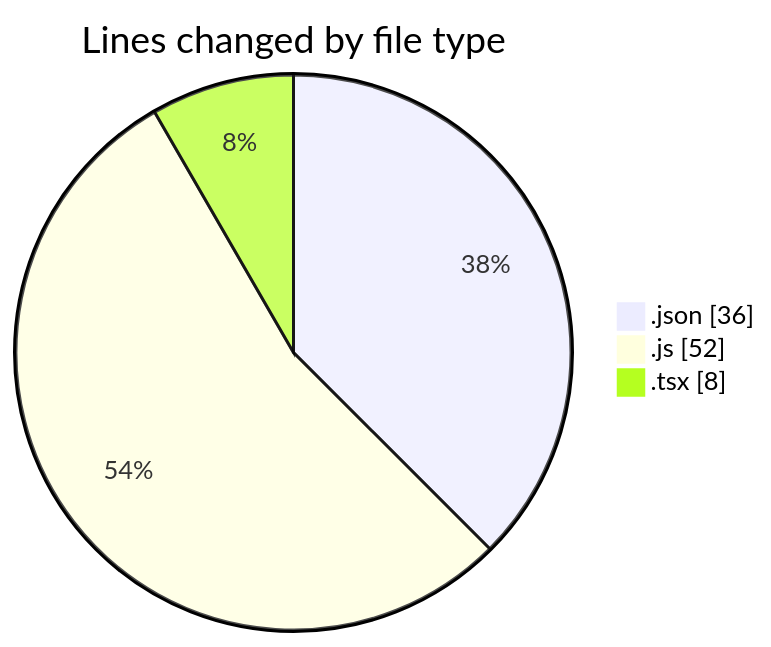
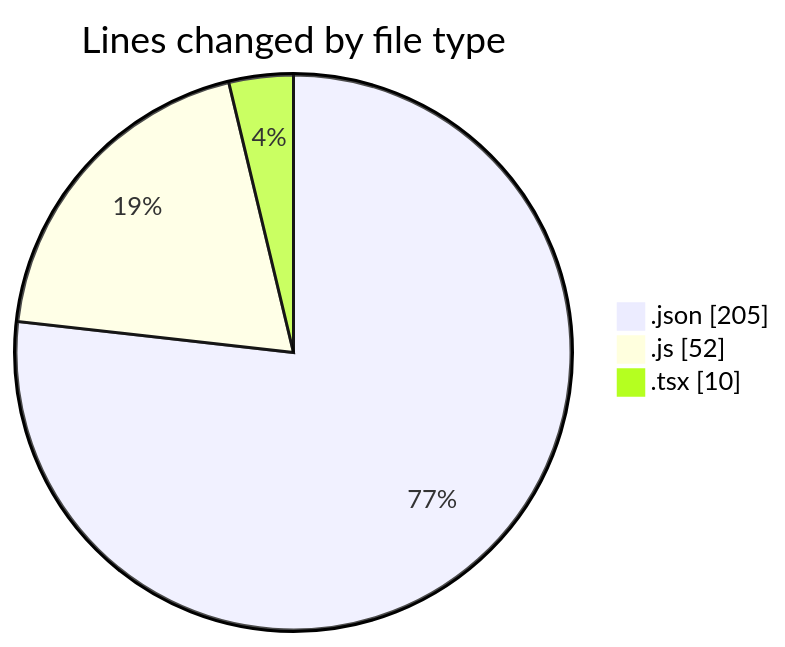
One commit to Elitesun/code-tracking changed the first of 2 diagrams in 2025-04-01/product-detail-page/README.md. Above: the diagram before and after it, drawn with Mermaid. The commit also changed other lines of this file and 1 other file, not shown here.

````diff
--- a/2025-04-01/product-detail-page/README.md
+++ b/2025-04-01/product-detail-page/README.md
@@ -22,7 +25,7 @@
 ```mermaid
 pie showData
 title Lines changed by file type
-".json" : 36
+".json" : 205
 ".js" : 52
-".tsx" : 8
+".tsx" : 10
 ```
````
